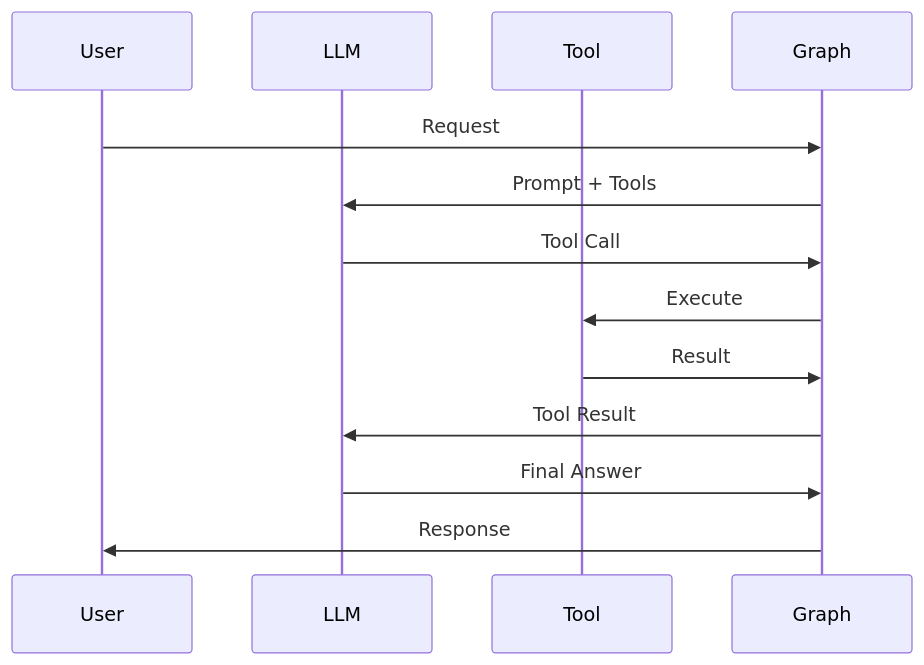
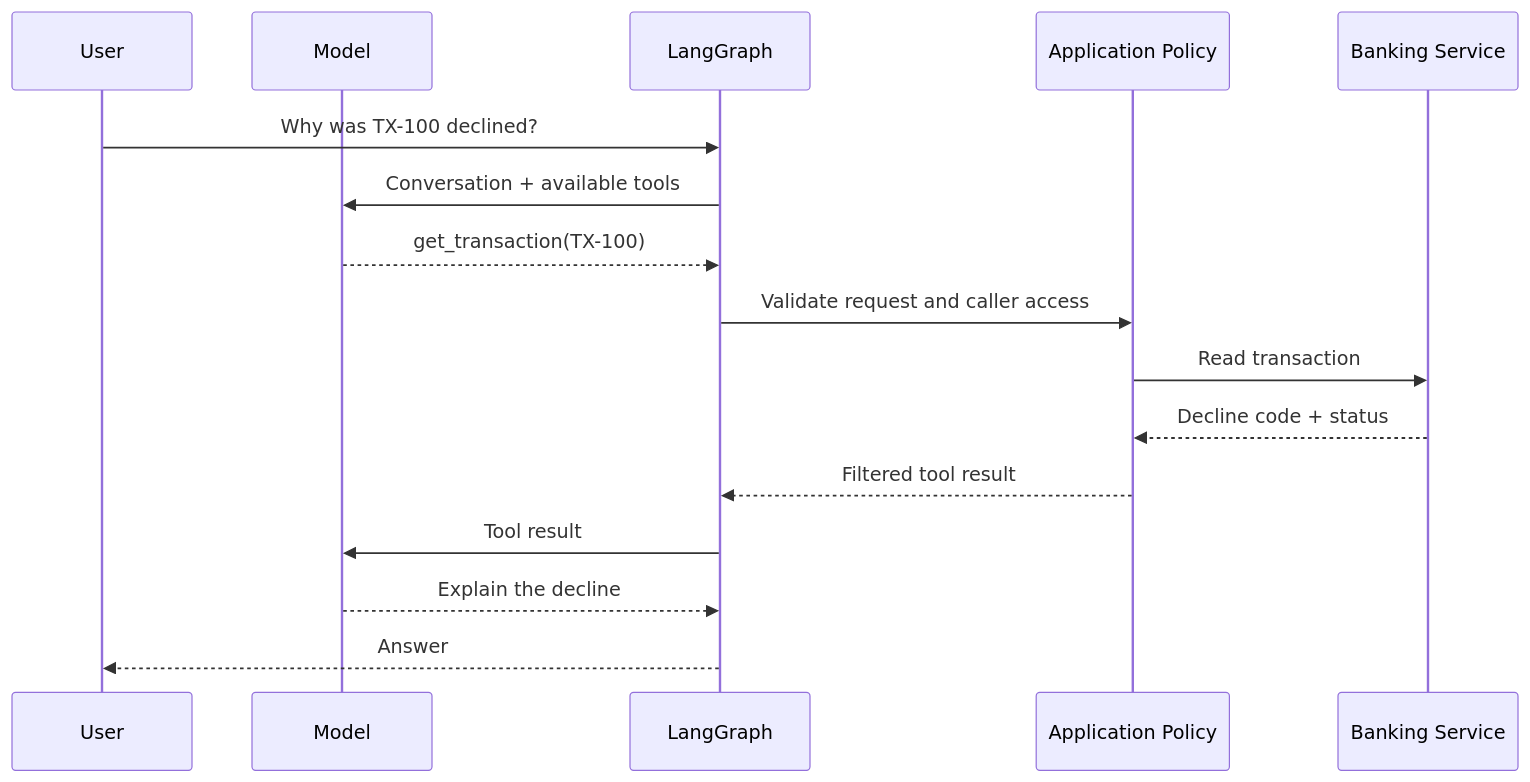
Before and after one commit to MihirKJha/enterprise-ai-engineering-handbook: the first of 5 diagrams in docs/08-ai-engineering-frameworks/langgraph/22-langgraph-tool-execution.md, drawn with Mermaid. The commit also changed other lines of this file and 10 other files, not shown here.

````diff
--- a/docs/08-ai-engineering-frameworks/langgraph/22-langgraph-tool-execution.md
+++ b/docs/08-ai-engineering-frameworks/langgraph/22-langgraph-tool-execution.md
@@ -1323,17 +35,19 @@
 ```mermaid
 sequenceDiagram
+    participant U as User
+    participant M as Model
+    participant G as LangGraph
+    participant P as Application Policy
+    participant S as Banking Service
 
-    participant U as User
-    participant L as LLM
-    participant T as Tool
-    participant G as Graph
-
-    U->>G: Request
-    G->>L: Prompt + Tools
-    L->>G: Tool Call
-    G->>T: Execute
-    T->>G: Result
-    G->>L: Tool Result
-    L->>G: Final Answer
-    G->>U: Response
+    U->>G: Why was TX-100 declined?
+    G->>M: Conversation + available tools
+    M-->>G: get_transaction(TX-100)
+    G->>P: Validate request and caller access
+    P->>S: Read transaction
+    S-->>P: Decline code + status
+    P-->>G: Filtered tool result
+    G->>M: Tool result
+    M-->>G: Explain the decline
+    G-->>U: Answer
 ```
````
